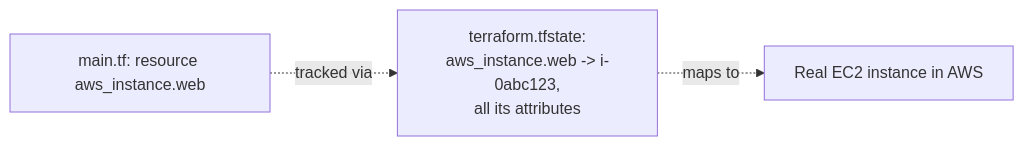
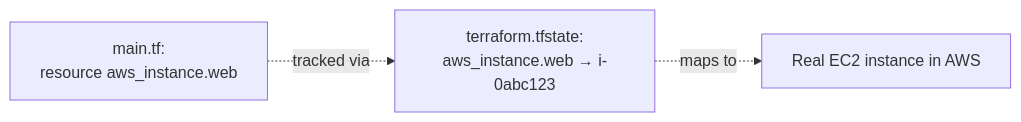
One commit to msdeepak052/Terraform_Concepts changed the third of 4 diagrams in notes/02-domain2-terraform-fundamentals.md. Above: the diagram before and after it, drawn with Mermaid. The commit also changed other lines of this file, not shown here.

````diff
--- a/notes/02-domain2-terraform-fundamentals.md
+++ b/notes/02-domain2-terraform-fundamentals.md
@@ -313,5 +691,5 @@
 ```mermaid
 flowchart LR
-    A["main.tf: resource aws_instance.web"] -.->|"tracked via"| B["terraform.tfstate:\naws_instance.web -> i-0abc123,\nall its attributes"]
+    A["main.tf:<br/>resource aws_instance.web"] -.->|"tracked via"| B["terraform.tfstate:<br/>aws_instance.web → i-0abc123"]
     B -.->|"maps to"| C["Real EC2 instance in AWS"]
 ```
````
